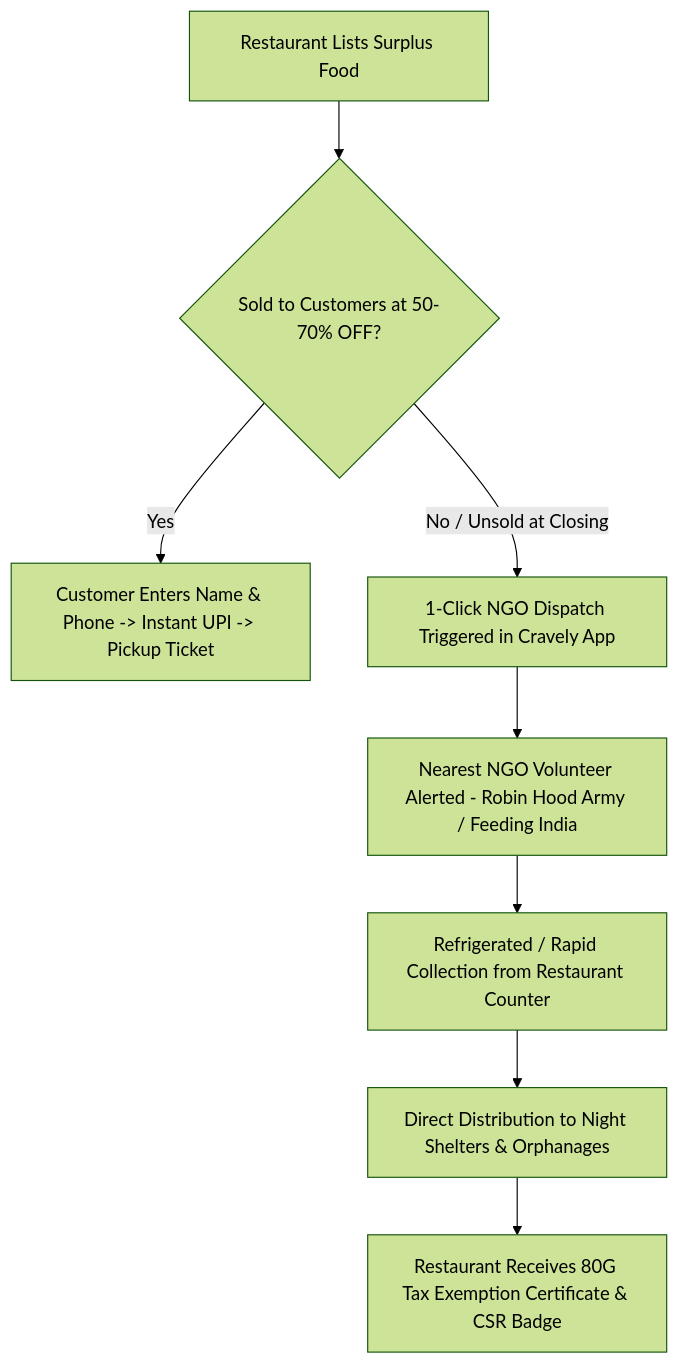
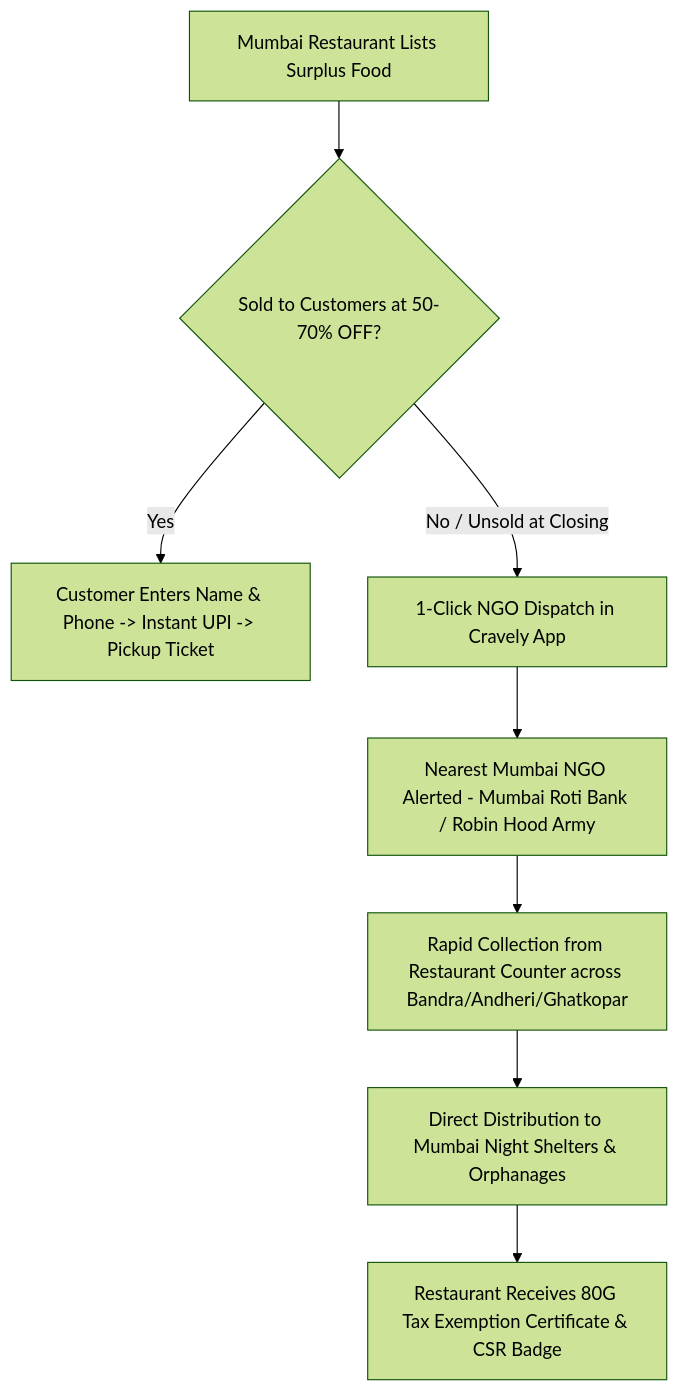
The diagram in README.md (sidzooni-ctrl/cravely), drawn with Mermaid (forest theme) before and after one commit. The commit also changed other lines of this file and 2 other files, not shown here.

Commit message:
feat: limit locations exclusively to Mumbai (Bandra, Andheri, Ghatkopar, Grant Road, Vasai), update Mumbai deals dataset & Mumbai NGO network

````diff
--- a/README.md
+++ b/README.md
@@ -50,10 +55,10 @@
 ```mermaid
 graph TD
-    A[Restaurant Lists Surplus Food] --> B{Sold to Customers at 50-70% OFF?}
+    A[Mumbai Restaurant Lists Surplus Food] --> B{Sold to Customers at 50-70% OFF?}
     B -->|Yes| C[Customer Enters Name & Phone -> Instant UPI -> Pickup Ticket]
-    B -->|No / Unsold at Closing| D[1-Click NGO Dispatch Triggered in Cravely App]
-    D --> E[Nearest NGO Volunteer Alerted - Robin Hood Army / Feeding India]
-    E --> F[Refrigerated / Rapid Collection from Restaurant Counter]
-    F --> G[Direct Distribution to Night Shelters & Orphanages]
+    B -->|No / Unsold at Closing| D[1-Click NGO Dispatch in Cravely App]
+    D --> E[Nearest Mumbai NGO Alerted - Mumbai Roti Bank / Robin Hood Army]
+    E --> F[Rapid Collection from Restaurant Counter across Bandra/Andheri/Ghatkopar]
+    F --> G[Direct Distribution to Mumbai Night Shelters & Orphanages]
     G --> H[Restaurant Receives 80G Tax Exemption Certificate & CSR Badge]
 ```
````
